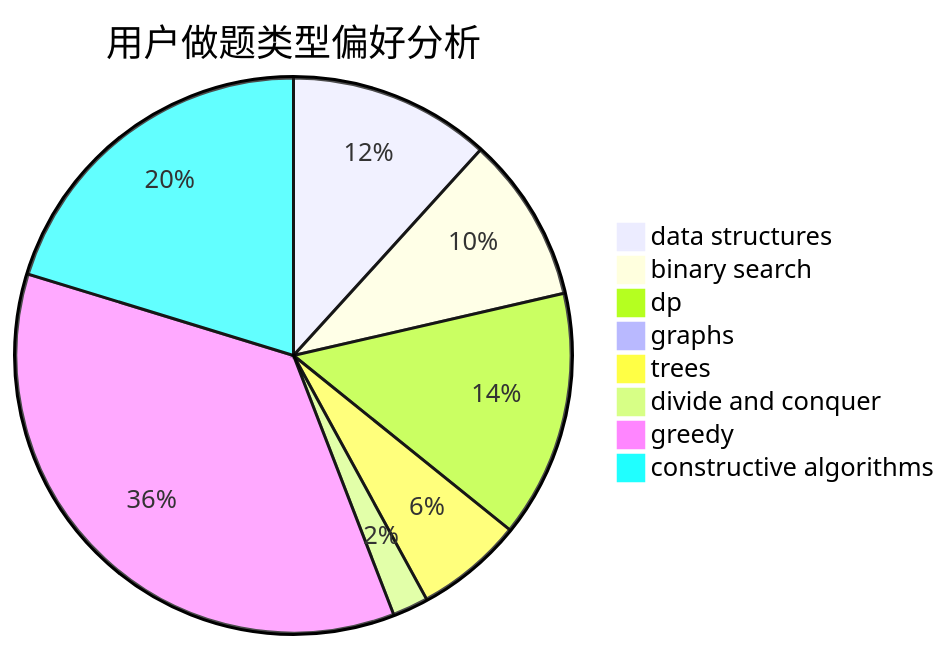
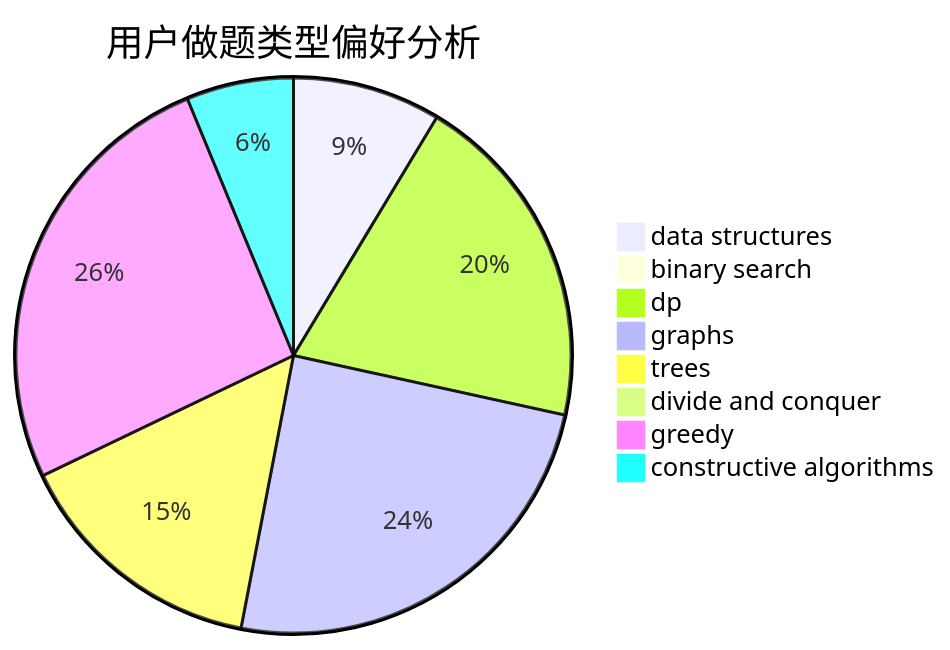
The second of 3 diagrams in docs/user/u2195.md (sherpahu/cfrs.github.io), drawn with Mermaid before and after one commit. The commit also changed other lines of this file and 2770 other files, not shown here.

````diff
--- a/docs/user/u2195.md
+++ b/docs/user/u2195.md
@@ -23,11 +23,11 @@
 ```mermaid
 pie title 用户做题类型偏好分析
-    "data structures" :  62
-    "binary search" :  51
-    "dp" :  76
-    "graphs" :  0
-    "trees" :  33
-    "divide and conquer" :  11
-    "greedy" :  188
-    "constructive algorithms" :  107
+    "data structures" :  47
+    "binary search" :  4
+    "dp" :  108
+    "graphs" :  134
+    "trees" :  81
+    "divide and conquer" :  2
+    "greedy" :  141
+    "constructive algorithms" :  34
 ```
````
